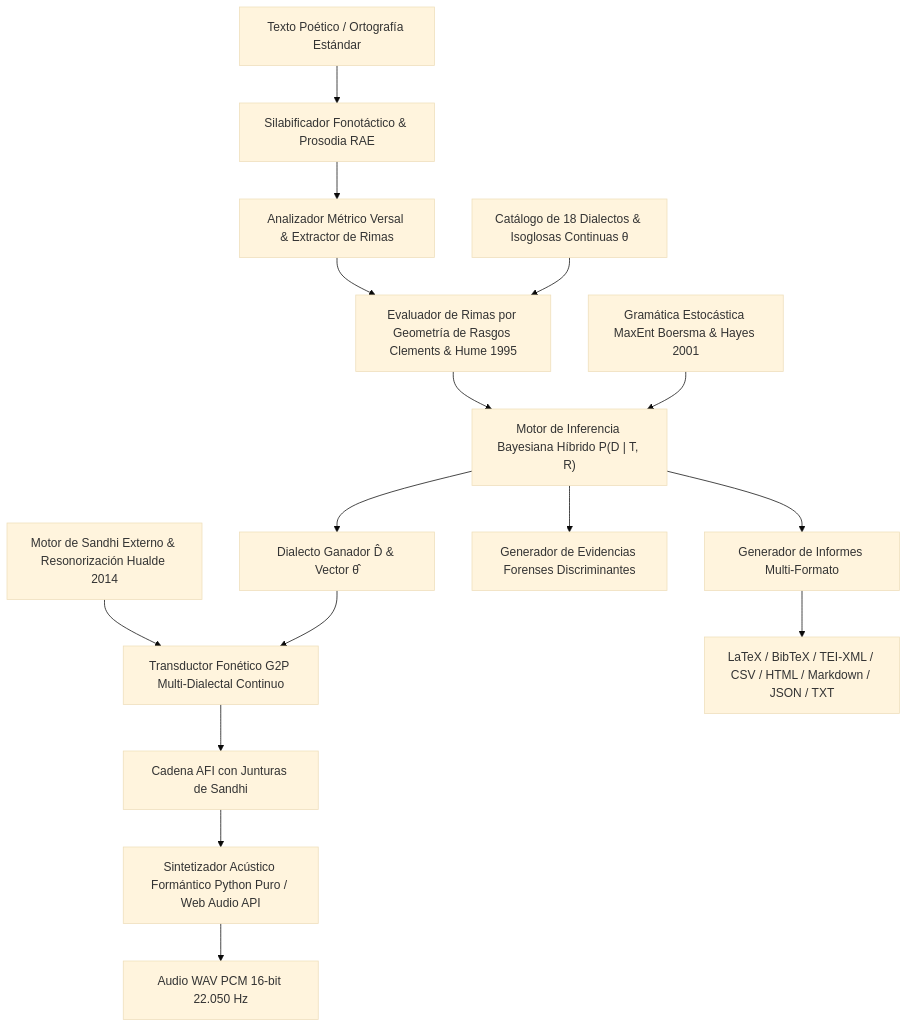
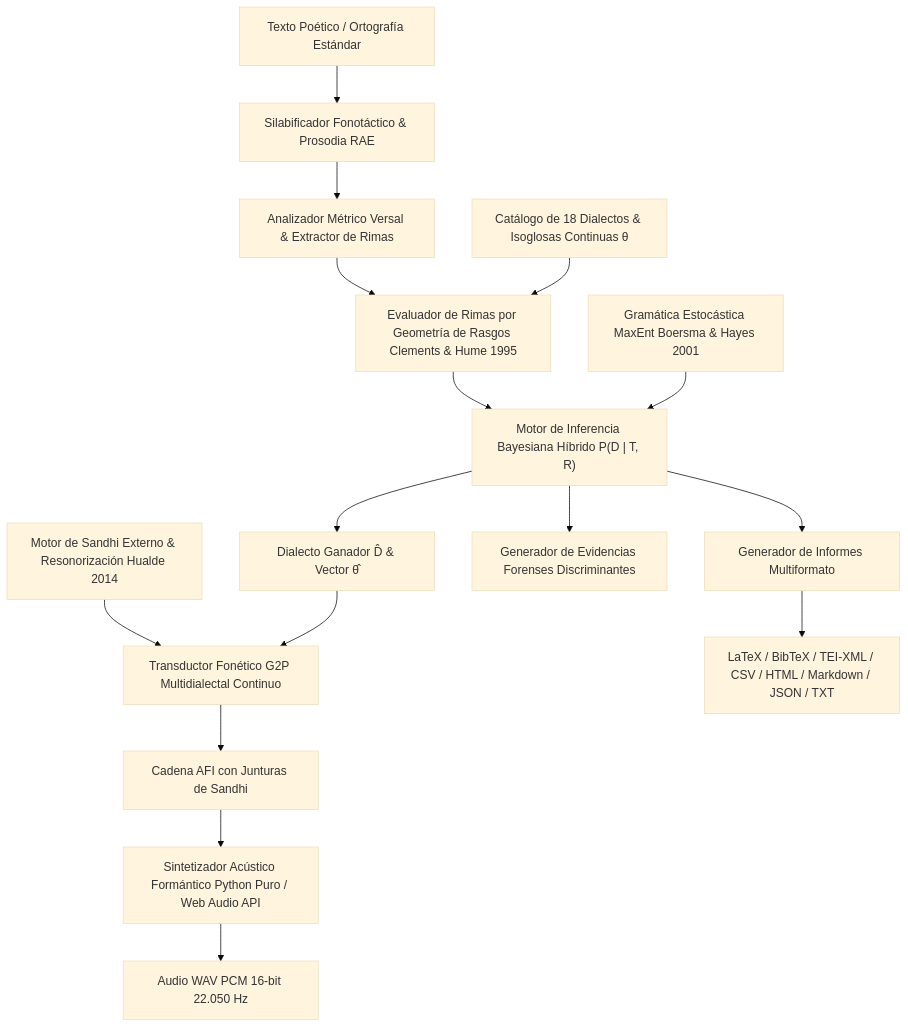
One commit to alej-developer/Idiolect-G2P changed the diagram in README.md. Above: the diagram before and after it, drawn with Mermaid (base theme). The commit also changed other lines of this file and 4 other files, not shown here.

````diff
--- a/README.md
+++ b/README.md
@@ -19,25 +19,25 @@
 ```mermaid
 flowchart TD
     A["Texto Poético / Ortografía Estándar"] --> B["Silabificador Fonotáctico & Prosodia RAE"]
     B --> C["Analizador Métrico Versal & Extractor de Rimas"]
     
     C --> D["Evaluador de Rimas por Geometría de Rasgos Clements & Hume 1995"]
     
     E["Catálogo de 18 Dialectos & Isoglosas Continuas θ"] --> D
     
     D --> F["Motor de Inferencia Bayesiana Híbrido P(D | T, R)"]
     MaxEnt["Gramática Estocástica MaxEnt Boersma & Hayes 2001"] --> F
     Sandhi["Motor de Sandhi Externo & Resonorización Hualde 2014"] --> I
     
     F --> G["Dialecto Ganador D̂ & Vector θ̂"]
     F --> H["Generador de Evidencias Forenses Discriminantes"]
     
-    G --> I["Transductor Fonético G2P Multi-Dialectal Continuo"]
+    G --> I["Transductor Fonético G2P Multidialectal Continuo"]
     I --> J["Cadena AFI con Junturas de Sandhi"]
     
     J --> K["Sintetizador Acústico Formántico Python Puro / Web Audio API"]
     K --> L["Audio WAV PCM 16-bit 22.050 Hz"]
     
-    F --> M["Generador de Informes Multi-Formato"]
+    F --> M["Generador de Informes Multiformato"]
     M --> N["LaTeX / BibTeX / TEI-XML / CSV / HTML / Markdown / JSON / TXT"]
 ```
````
